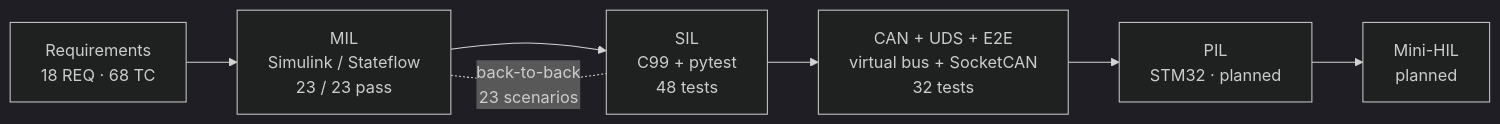
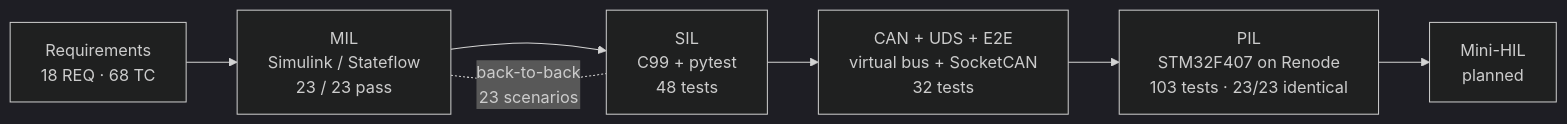
The diagram in README.md (vivek123100/power-window-ecu-testing), drawn with Mermaid (dark theme) before and after one commit. The commit also changed other lines of this file and 6 other files, not shown here.

````diff
--- a/README.md
+++ b/README.md
@@ -21,9 +22,9 @@
 ```mermaid
 flowchart LR
   REQ["Requirements<br/>18 REQ · 68 TC"] --> MIL["MIL<br/>Simulink / Stateflow<br/>23 / 23 pass"]
   MIL --> SIL["SIL<br/>C99 + pytest<br/>48 tests"]
   MIL -. "back-to-back<br/>23 scenarios" .- SIL
   SIL --> CAN["CAN + UDS + E2E<br/>virtual bus + SocketCAN<br/>32 tests"]
-  CAN --> PIL["PIL<br/>STM32 · planned"]
+  CAN --> PIL["PIL<br/>STM32F407 on Renode<br/>103 tests · 23/23 identical"]
   PIL --> HIL["Mini-HIL<br/>planned"]
 ```
````
